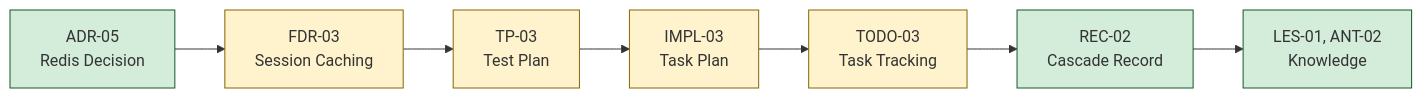
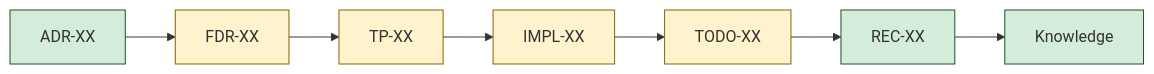
Before and after one commit to NguyenNhan1610/codex-copilot-plugin-cc: the diagram in plugins/ai/skills/traceability/references/trace-template.md, drawn with Mermaid. The commit also changed other lines of this file and 16 other files, not shown here.

First line of the commit message:
Optimize prompts: slim templates, split usage guide, trim mermaid blocks, bump to 4.3.1

````diff
--- a/plugins/ai/skills/traceability/references/trace-template.md
+++ b/plugins/ai/skills/traceability/references/trace-template.md
@@ -30,22 +25,17 @@
 ```mermaid
 graph LR
-    ADR["ADR-05<br/>Redis Decision"]:::complete
-    FDR["FDR-03<br/>Session Caching"]:::partial
-    TP["TP-03<br/>Test Plan"]:::partial
-    IMPL["IMPL-03<br/>Task Plan"]:::partial
-    TODO["TODO-03<br/>Task Tracking"]:::partial
-    REC["REC-02<br/>Cascade Record"]:::complete
-    KB["LES-01, ANT-02<br/>Knowledge"]:::complete
+    ADR["ADR-XX"]:::complete
+    FDR["FDR-XX"]:::partial
+    TP["TP-XX"]:::partial
+    IMPL["IMPL-XX"]:::partial
+    TODO["TODO-XX"]:::partial
+    REC["REC-XX"]:::complete
+    KB["Knowledge"]:::complete
 
-    ADR --> FDR
-    FDR --> TP
-    TP --> IMPL
-    IMPL --> TODO
-    TODO --> REC
-    REC --> KB
+    ADR --> FDR --> TP --> IMPL --> TODO --> REC --> KB
 
     classDef complete fill:#d4edda,stroke:#155724
     classDef partial fill:#fff3cd,stroke:#856404
     classDef missing fill:#f8d7da,stroke:#721c24
     classDef na fill:#d6d8db,stroke:#383d41
 ```
````
